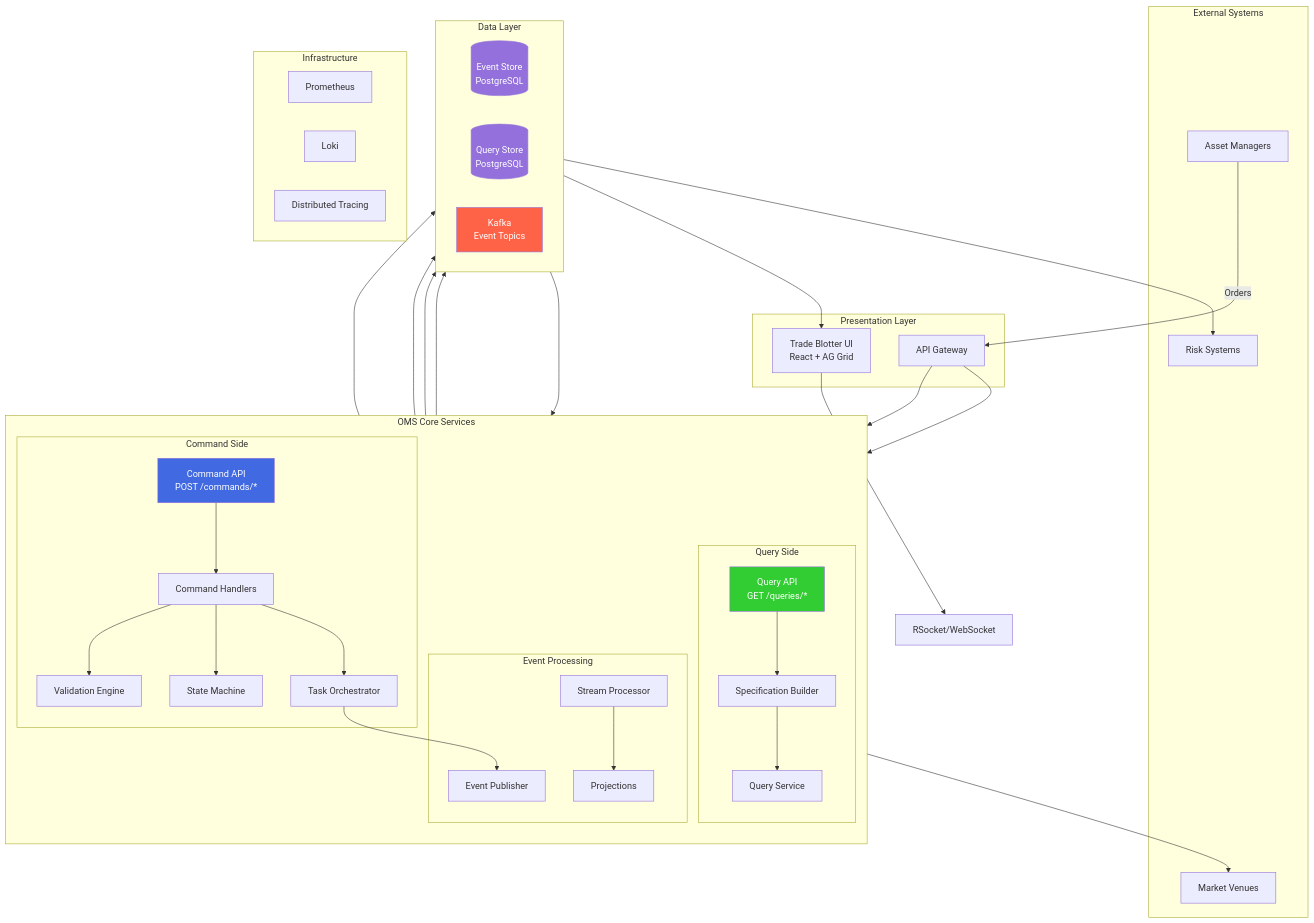
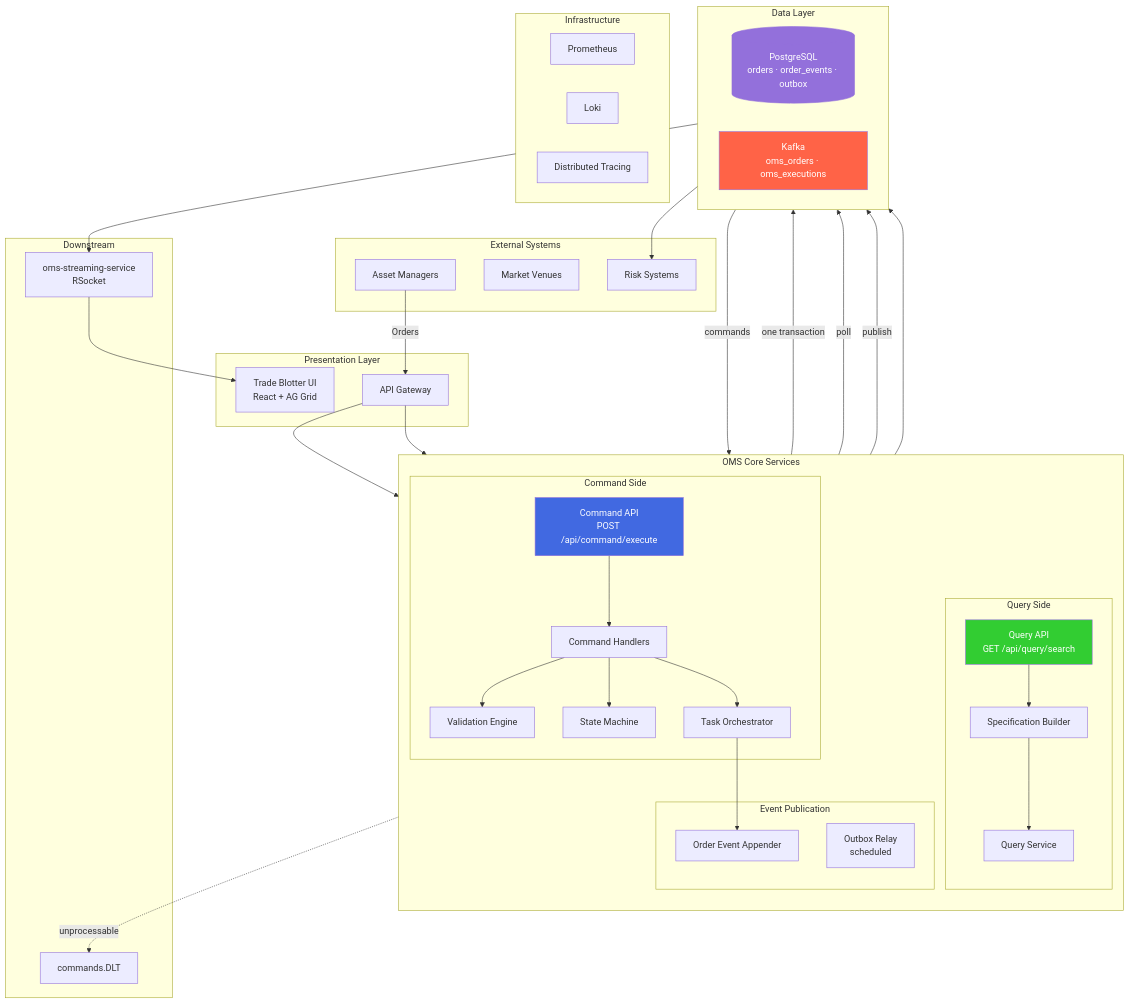
Before and after one commit to tbaderts/oms: the fourth of 25 diagrams in oms-core/docs/architecture-specification.md, drawn with Mermaid. The commit also changed other lines of this file and 104 other files, not shown here.

Commit message:
architecture improvements

````diff
--- a/oms-core/docs/architecture-specification.md
+++ b/oms-core/docs/architecture-specification.md
@@ -201,7 +210,7 @@
         direction TB
         
         subgraph "Command Side"
-            CMD_API[Command API<br/>POST /commands/*]
+            CMD_API[Command API<br/>POST /api/command/execute]
             CMD_HANDLER[Command Handlers]
             VALIDATOR[Validation Engine]
             SM[State Machine]
@@ -209,61 +218,60 @@
         end
         
         subgraph "Query Side"
-            QRY_API[Query API<br/>GET /queries/*]
+            QRY_API[Query API<br/>GET /api/query/search]
             SPEC_BUILDER[Specification Builder]
             QRY_SVC[Query Service]
         end
         
-        subgraph "Event Processing"
-            EVT_PUB[Event Publisher]
-            EVT_PROC[Stream Processor]
-            PROJ[Projections]
+        subgraph "Event Publication"
+            APPENDER[Order Event Appender]
+            RELAY[Outbox Relay<br/>scheduled]
         end
     end
-    
+
     subgraph "Data Layer"
         direction LR
-        EVT_STORE[(Event Store<br/>PostgreSQL)]
-        READ_DB[(Query Store<br/>PostgreSQL)]
-        KAFKA[Kafka<br/>Event Topics]
+        DB[(PostgreSQL<br/>orders · order_events · outbox)]
+        KAFKA[Kafka<br/>oms_orders · oms_executions]
     end
-    
+
+    subgraph "Downstream"
+        STREAM[oms-streaming-service<br/>RSocket]
+        DLT[commands.DLT]
+    end
+
     subgraph "Infrastructure"
         PROM[Prometheus]
         LOKI[Loki]
         TRACE[Distributed Tracing]
     end
-    
+
     AM -->|Orders| API_GW
     API_GW --> CMD_API
     API_GW --> QRY_API
-    
+    KAFKA -->|commands| CMD_HANDLER
+    CMD_HANDLER -.->|unprocessable| DLT
+
     CMD_API --> CMD_HANDLER
     CMD_HANDLER --> VALIDATOR
     CMD_HANDLER --> SM
     CMD_HANDLER --> ORCH
-    ORCH --> EVT_PUB
-    
-    EVT_PUB --> EVT_STORE
-    EVT_PUB --> KAFKA
-    
-    KAFKA --> EVT_PROC
-    EVT_PROC --> PROJ
-    PROJ --> READ_DB
-    
+    ORCH --> APPENDER
+
+    APPENDER -->|one transaction| DB
+    RELAY -->|poll| DB
+    RELAY -->|publish| KAFKA
+
     QRY_API --> SPEC_BUILDER
     SPEC_BUILDER --> QRY_SVC
-    QRY_SVC --> READ_DB
-    
-    KAFKA --> TB
-    TB --> RS[RSocket/WebSocket]
-    
-    EVT_PROC --> MKT
+    QRY_SVC --> DB
+
+    KAFKA --> STREAM
+    STREAM --> TB
     KAFKA --> RISK
     
     style CMD_API fill:#4169E1,color:#FFF
     style QRY_API fill:#32CD32,color:#FFF
     style KAFKA fill:#FF6347,color:#FFF
-    style EVT_STORE fill:#9370DB,color:#FFF
-    style READ_DB fill:#9370DB,color:#FFF
+    style DB fill:#9370DB,color:#FFF
 ```
````
